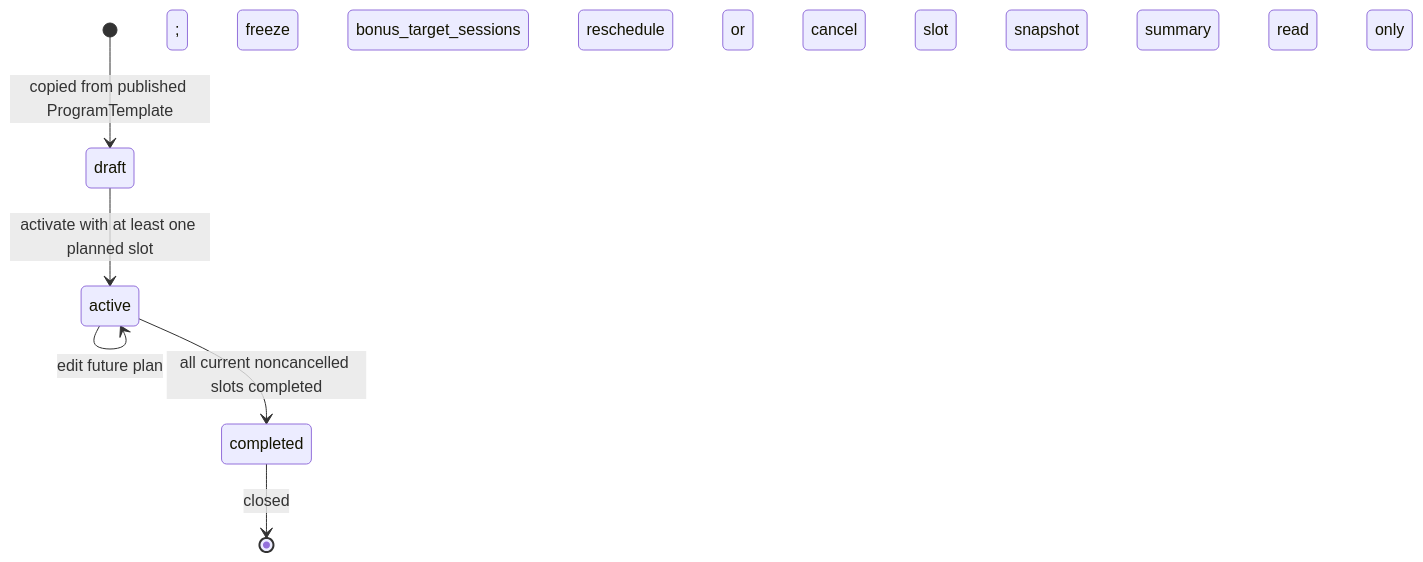
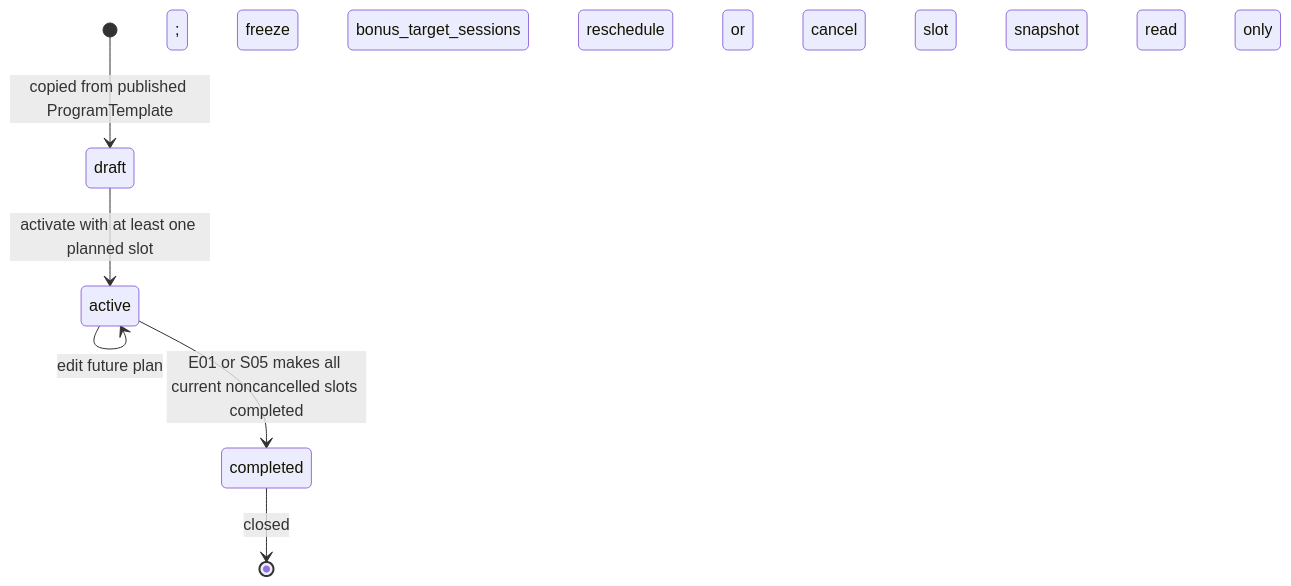
One commit to xyzHooDlEzyx/software_documentation_kursova changed the second of 4 diagrams in docs/architecture/domain-model.md. Above: the diagram before and after it, drawn with Mermaid. The commit also changed other lines of this file and 5 other files, not shown here.

````diff
--- a/docs/architecture/domain-model.md
+++ b/docs/architecture/domain-model.md
@@ -166,8 +166,8 @@
 ```mermaid
 stateDiagram-v2
   [*] --> draft: copied from published ProgramTemplate
   draft --> active: activate with at least one planned slot; freeze bonus_target_sessions
   active --> active: edit future plan; reschedule or cancel slot
-  active --> completed: all current noncancelled slots completed; snapshot summary
+  active --> completed: E01 or S05 makes all current noncancelled slots completed; snapshot
   completed --> [*]: closed; read only
 ```
````
